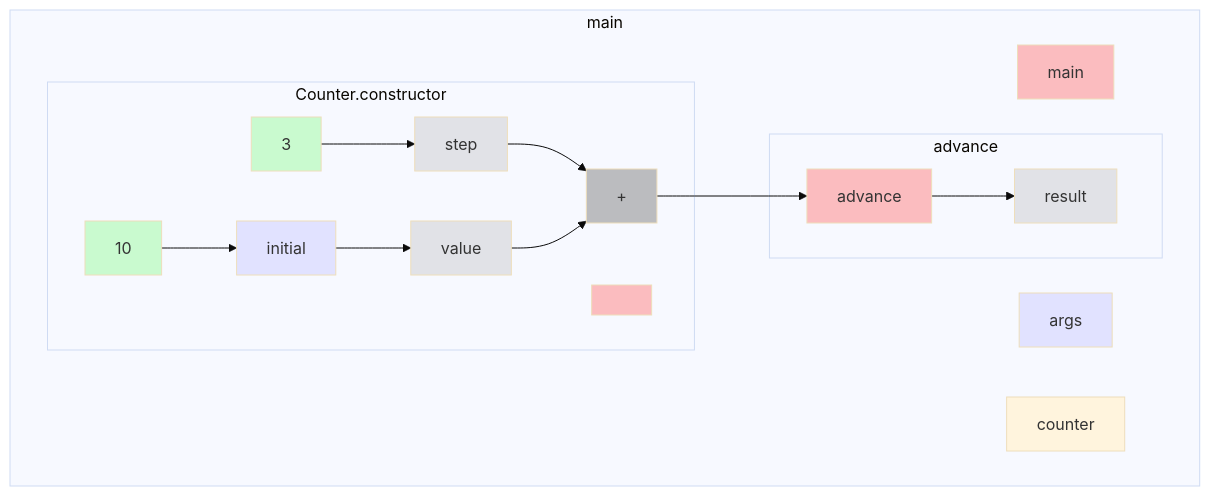
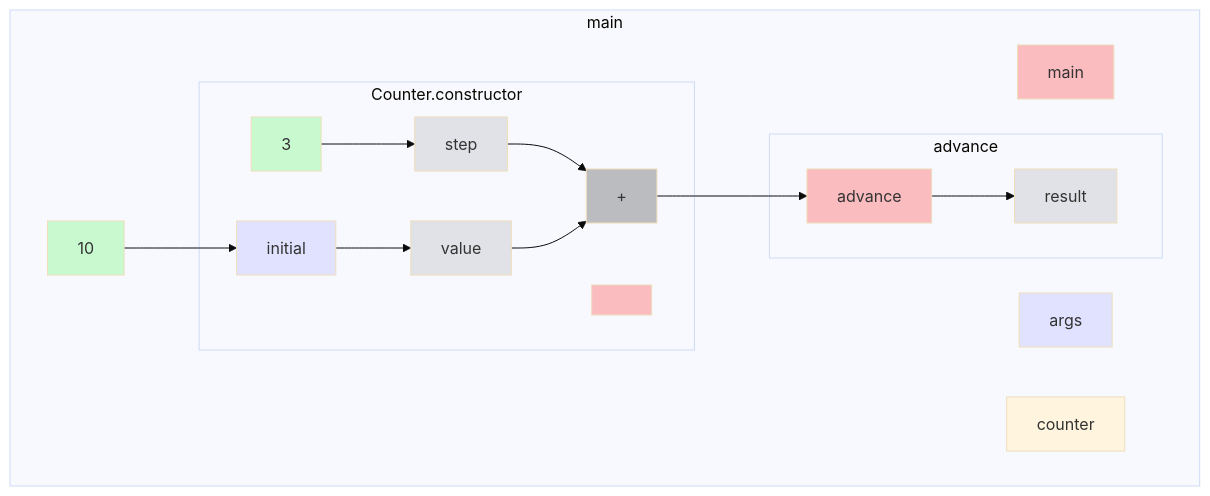
Before and after one commit to gstiebler/codeflow: the diagram in app/src/test/resources/implicitThis/truth.md, drawn with Mermaid (base theme). The commit also changed 16 other files, not shown here.

````diff
--- a/app/src/test/resources/implicitThis/truth.md
+++ b/app/src/test/resources/implicitThis/truth.md
@@ -1,33 +1,33 @@
 ```mermaid
 flowchart TD
   subgraph 4309014["main"]
-    -17656148279[result]:::VARIABLE
-    -1719910522[args]:::FUNC_PARAM
+    -16976734907[result]:::VARIABLE
+    -1091460147[10]:::LITERAL
+    -1040558433[args]:::FUNC_PARAM
     56853577[main]:::RETURN
-    14512224793[counter]:::OBJ_VARIABLE
-    subgraph -1094673613["Counter.constructor"]
-      -1710704603[step]:::VARIABLE
-      -834442533[3]:::LITERAL
-      -834413788[10]:::LITERAL
-      132640026[value]:::VARIABLE
-      29136809515[<init>]:::RETURN
-      31230263968[initial]:::FUNC_PARAM
-      -1710704603[step]:::VARIABLE --> -834437614[+]:::BIN_OP
-      -834442533[3]:::LITERAL --> -1710704603[step]:::VARIABLE
-      -834413788[10]:::LITERAL --> 31230263968[initial]:::FUNC_PARAM
-      132640026[value]:::VARIABLE --> -834437614[+]:::BIN_OP
-      31230263968[initial]:::FUNC_PARAM --> 132640026[value]:::VARIABLE
+    15191604726[counter]:::OBJ_VARIABLE
+    -1091460147[10]:::LITERAL --> 34579102621[initial]:::FUNC_PARAM
+    subgraph -1727213445["Counter.constructor"]
+      -1031319091[step]:::VARIABLE
+      812025538[value]:::VARIABLE
+      1457348510[3]:::LITERAL
+      29816195027[<init>]:::RETURN
+      34579102621[initial]:::FUNC_PARAM
+      -1031319091[step]:::VARIABLE --> -568050062[+]:::BIN_OP
+      812025538[value]:::VARIABLE --> -568050062[+]:::BIN_OP
+      1457348510[3]:::LITERAL --> -1031319091[step]:::VARIABLE
+      34579102621[initial]:::FUNC_PARAM --> 812025538[value]:::VARIABLE
     end
-    subgraph -1094669876["advance"]
-      -21007534688[advance]:::RETURN
-      -834437614[+]:::BIN_OP
-      -21007534688[advance]:::RETURN --> -17656148279[result]:::VARIABLE
-      -834437614[+]:::BIN_OP --> -21007534688[advance]:::RETURN
+    subgraph -1726037844["advance"]
+      -20328117504[advance]:::RETURN
+      -568050062[+]:::BIN_OP
+      -20328117504[advance]:::RETURN --> -16976734907[result]:::VARIABLE
+      -568050062[+]:::BIN_OP --> -20328117504[advance]:::RETURN
     end
   end
   classDef LITERAL fill:#00FF0030
   classDef VARIABLE fill:#80808030
   classDef BIN_OP fill:#80808080
   classDef FUNC_PARAM fill:#8080FF30
   classDef RETURN fill:#FF808080
 ```
````
